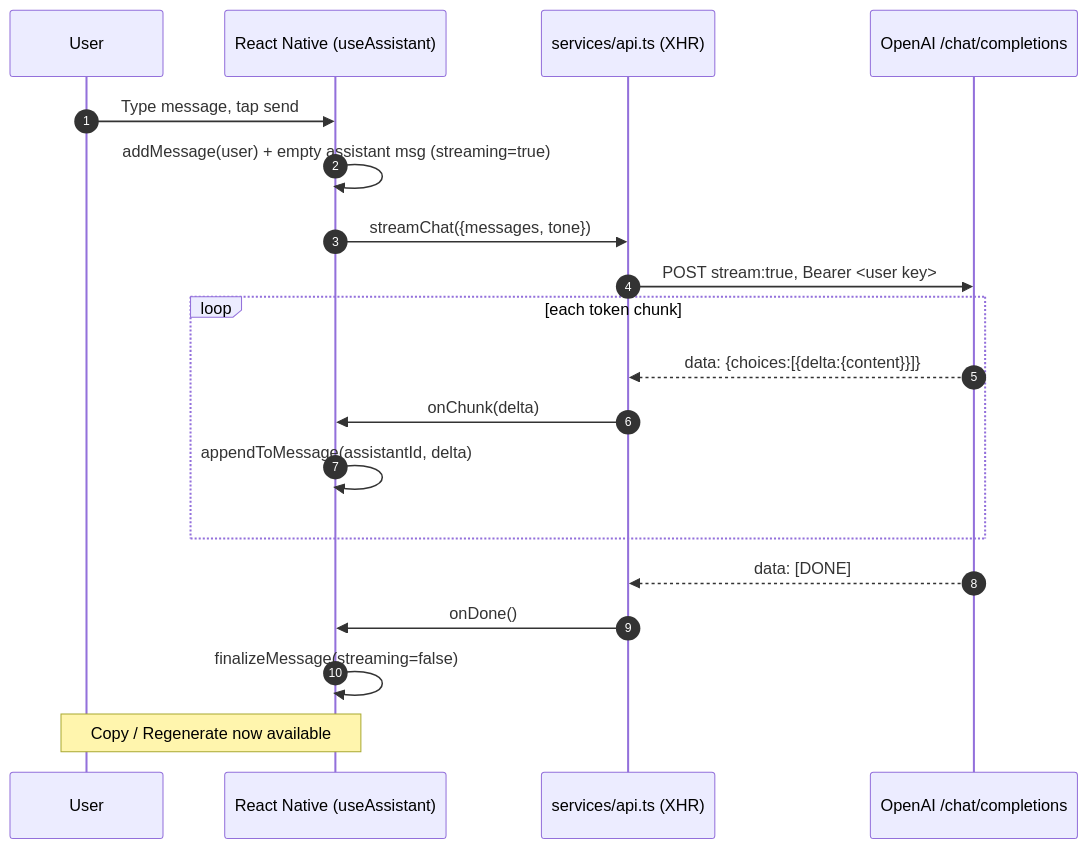
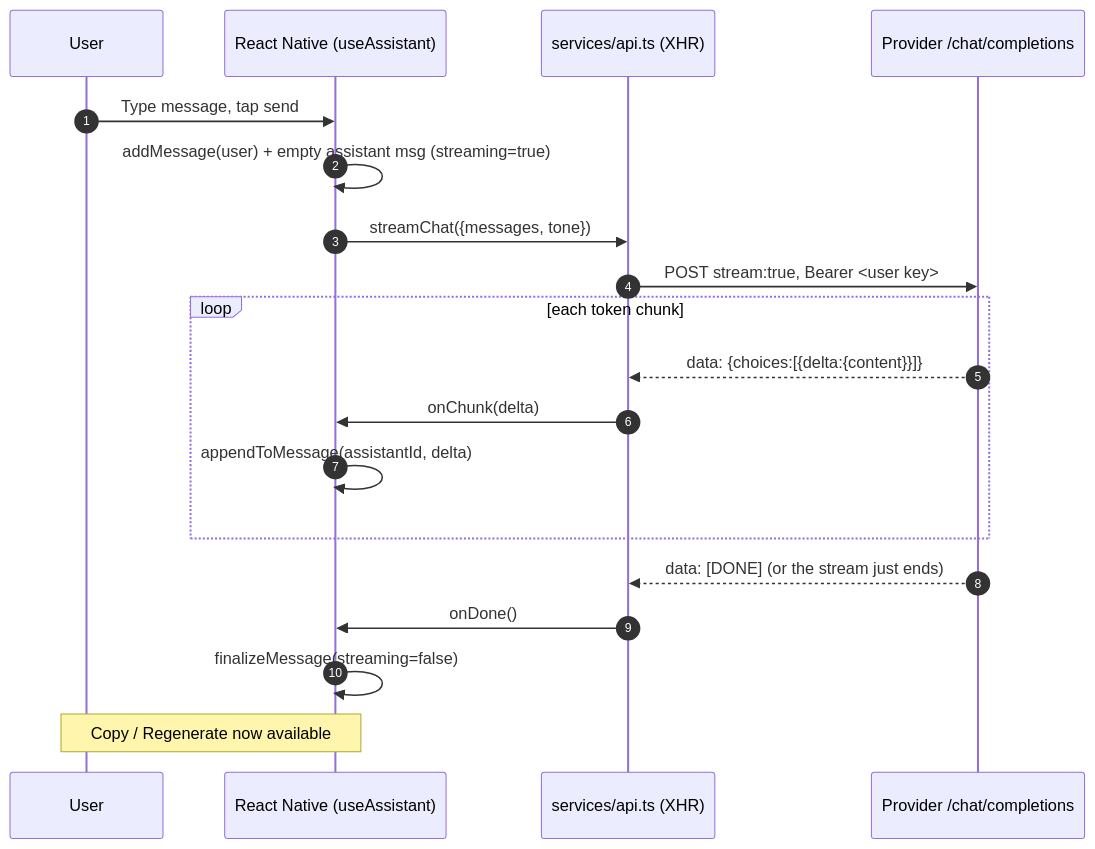
The third of 5 diagrams in docs/ARCHITECTURE.md (prajapatisaurabh/ai-assistant), drawn with Mermaid before and after one commit. The commit also changed other lines of this file and 4 other files, not shown here.

````diff
--- a/docs/ARCHITECTURE.md
+++ b/docs/ARCHITECTURE.md
@@ -69,22 +95,22 @@
 ```mermaid
 sequenceDiagram
   autonumber
   participant U as User
   participant RN as React Native (useAssistant)
   participant API as services/api.ts (XHR)
-  participant OAI as OpenAI /chat/completions
+  participant OAI as Provider /chat/completions
 
   U->>RN: Type message, tap send
   RN->>RN: addMessage(user) + empty assistant msg (streaming=true)
   RN->>API: streamChat({messages, tone})
   API->>OAI: POST stream:true, Bearer <user key>
   loop each token chunk
     OAI-->>API: data: {choices:[{delta:{content}}]}
     API->>RN: onChunk(delta)
     RN->>RN: appendToMessage(assistantId, delta)
   end
-  OAI-->>API: data: [DONE]
+  OAI-->>API: data: [DONE] (or the stream just ends)
   API->>RN: onDone()
   RN->>RN: finalizeMessage(streaming=false)
   Note over RN,U: Copy / Regenerate now available
 ```
````
